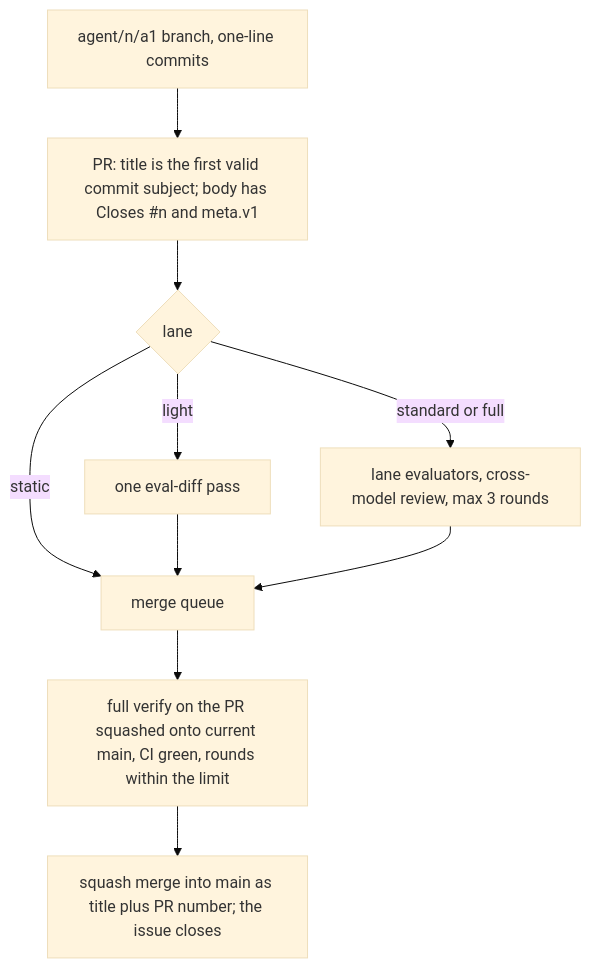
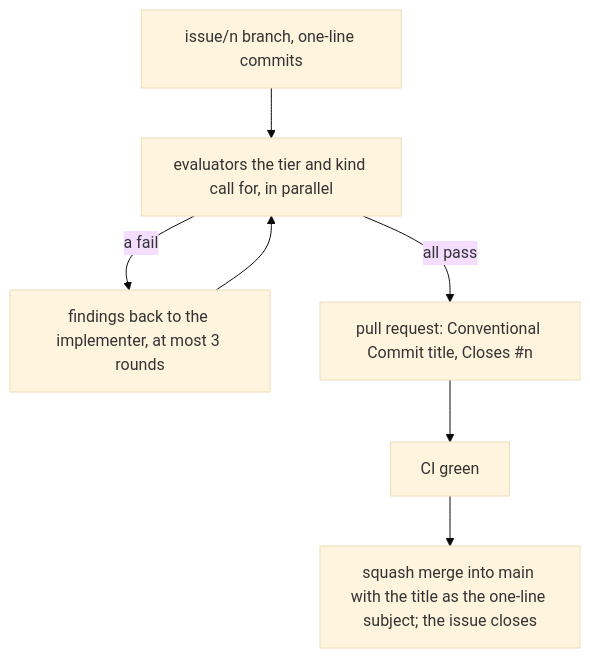
One commit to 416rehman/Guardrails changed the second of 2 diagrams in docs/team/05-quality-gates-and-ci.md. Above: the diagram before and after it, drawn with Mermaid (base theme). The commit also changed other lines of this file and 93 other files, not shown here.

````diff
--- a/docs/team/05-quality-gates-and-ci.md
+++ b/docs/team/05-quality-gates-and-ci.md
@@ -574,12 +444,9 @@
 ```mermaid
 flowchart TD
-  A[agent/n/a1 branch, one-line commits] --> B[PR: title is the first valid commit subject; body has Closes #n and meta.v1]
-  B --> C{lane}
-  C -->|static| F[merge queue]
-  C -->|light| D[one eval-diff pass]
-  C -->|standard or full| E[lane evaluators, cross-model review, max 3 rounds]
-  D --> F
-  E --> F
-  F --> G[full verify on the PR squashed onto current main, CI green, rounds within the limit]
-  G --> H[squash merge into main as title plus PR number; the issue closes]
+  A[issue/n branch, one-line commits] --> B[evaluators the tier and kind call for, in parallel]
+  B -->|a fail| C[findings back to the implementer, at most 3 rounds]
+  C --> B
+  B -->|all pass| D[pull request: Conventional Commit title, Closes #n]
+  D --> E[CI green]
+  E --> F[squash merge into main with the title as the one-line subject; the issue closes]
 ```
````
